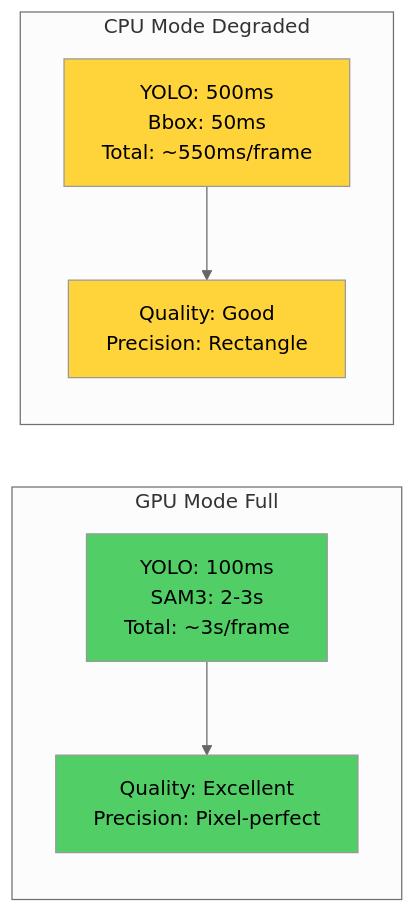
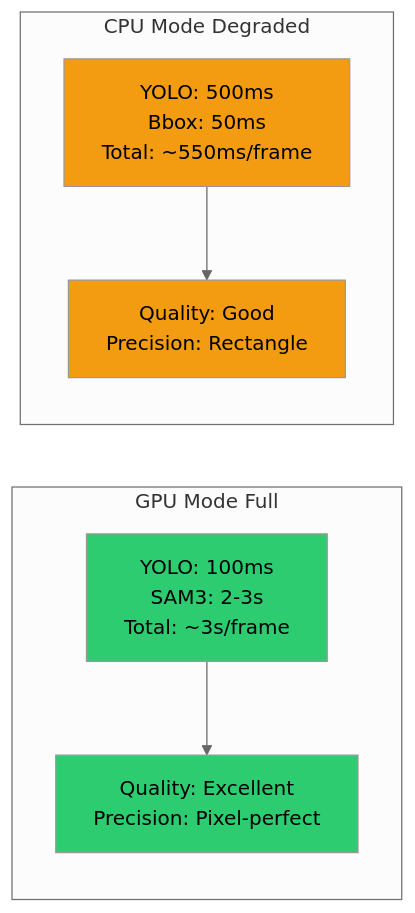
One commit to Omenranr/rag-video changed diagram 20 of 35 in README.md. Above: the diagram before and after it, drawn with Mermaid (neutral theme). The commit also changed other lines of this file, not shown here.

````diff
--- a/README.md
+++ b/README.md
@@ -608,20 +608,20 @@
 ```mermaid
 graph LR
     subgraph "GPU Mode Full"
         G1[YOLO: 100ms<br/>SAM3: 2-3s<br/>Total: ~3s/frame]
         G2[Quality: Excellent<br/>Precision: Pixel-perfect]
     end
     
     subgraph "CPU Mode Degraded"
         C1[YOLO: 500ms<br/>Bbox: 50ms<br/>Total: ~550ms/frame]
         C2[Quality: Good<br/>Precision: Rectangle]
     end
     
     G1 --> G2
     C1 --> C2
     
-    style G1 fill:#51cf66
-    style G2 fill:#51cf66
-    style C1 fill:#ffd43b
-    style C2 fill:#ffd43b
+    style G1 fill:#2ecc71
+    style G2 fill:#2ecc71
+    style C1 fill:#f39c12
+    style C2 fill:#f39c12
 ```
````
